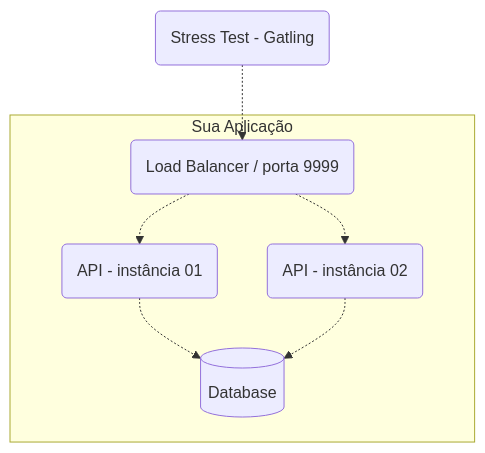
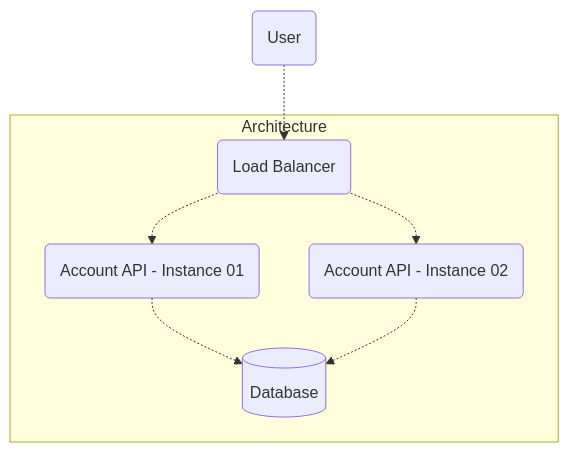
One commit to lucsalm/account-api changed the diagram in README.md. Above: the diagram before and after it, drawn with Mermaid. The commit also changed 1 other file, not shown here.

Commit message:
Updating Achitecture in README

````diff
--- a/README.md
+++ b/README.md
@@ -20,10 +20,10 @@
 ```mermaid
 flowchart TD
-    G(Stress Test - Gatling) -.-> LB(Load Balancer / porta 9999)
-    subgraph Sua Aplicação
-        LB -.-> API1(API - instância 01)
-        LB -.-> API2(API - instância 02)
+    G(User) -.-> LB(Load Balancer)
+    subgraph Architecture
+        LB -.-> API1(Account API - Instance 01)
+        LB -.-> API2(Account API - Instance 02)
         API1 -.-> Db[(Database)]
         API2 -.-> Db[(Database)]
     end
 ```
````
